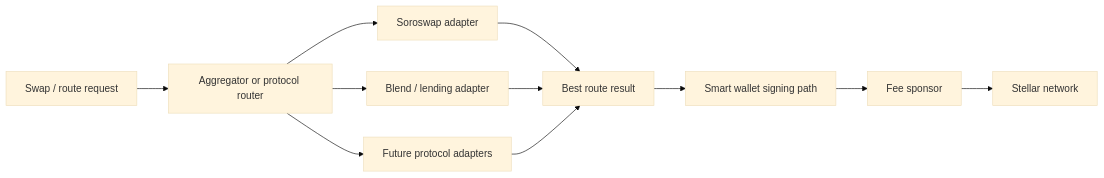
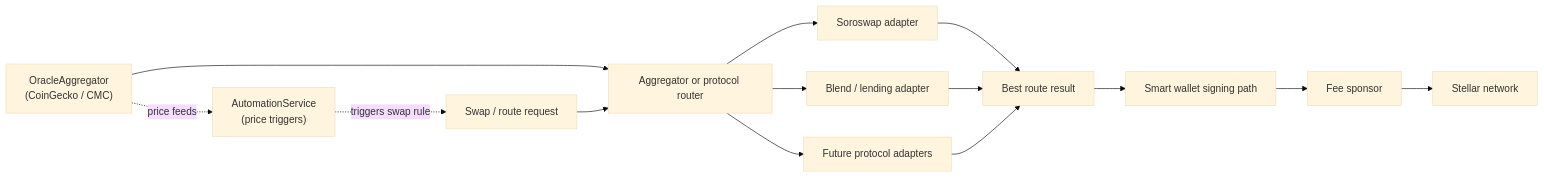
The first of 2 diagrams in docs/architecture/defi-aggregation-flow.md (Galaxy-KJ/Galaxy-DevKit), drawn with Mermaid (base theme) before and after one commit. The commit also changed other lines of this file and 9 other files, not shown here.

````diff
--- a/docs/architecture/defi-aggregation-flow.md
+++ b/docs/architecture/defi-aggregation-flow.md
@@ -7,13 +7,16 @@
 ```mermaid
 flowchart LR
+    Oracle["OracleAggregator\n(CoinGecko / CMC)"] --> Router
     Request["Swap / route request"] --> Router["Aggregator or protocol router"]
     Router --> Soroswap["Soroswap adapter"]
     Router --> Blend["Blend / lending adapter"]
     Router --> Other["Future protocol adapters"]
     Soroswap --> Best["Best route result"]
     Blend --> Best
     Other --> Best
     Best --> Wallet["Smart wallet signing path"]
     Wallet --> Sponsor["Fee sponsor"]
     Sponsor --> Stellar["Stellar network"]
+    Oracle -.->|"price feeds"| Automation["AutomationService\n(price triggers)"]
+    Automation -.->|"triggers swap rule"| Request
 ```
````
